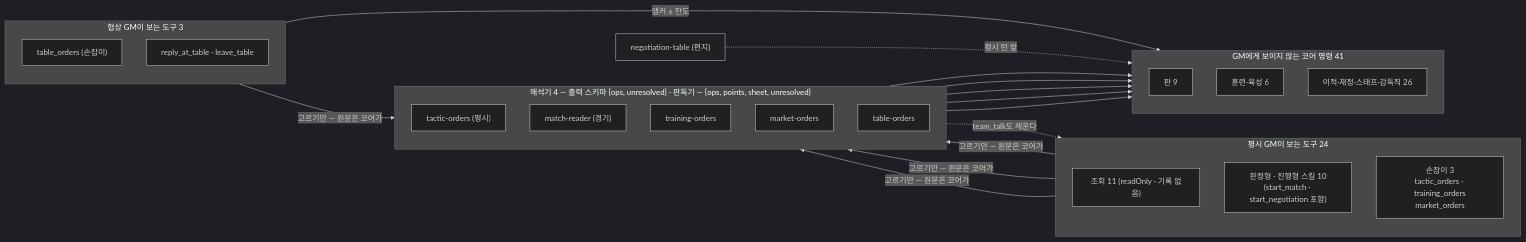
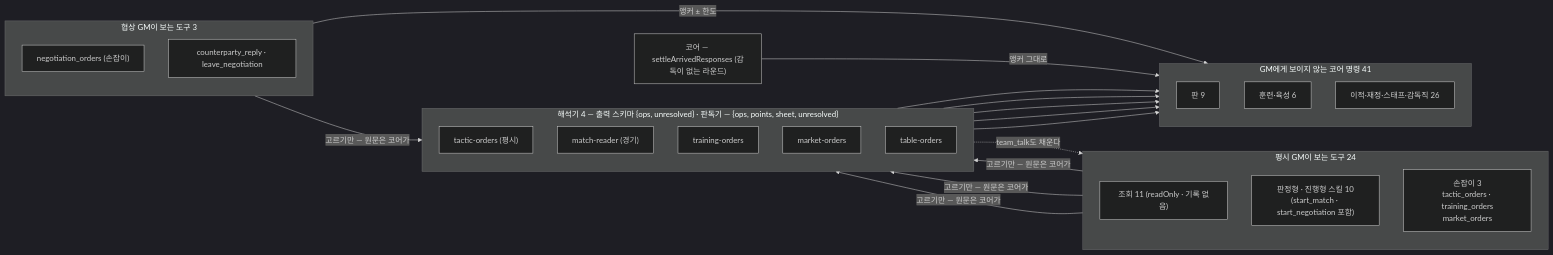
Before and after one commit to dhoonjang/story-fm: the sixth of 11 diagrams in docs/llm/pipeline.md, drawn with Mermaid (dark theme). The commit also changed other lines of this file and 49 other files, not shown here.

````diff
--- a/docs/llm/pipeline.md
+++ b/docs/llm/pipeline.md
@@ -224,37 +217,36 @@
 ```mermaid
 flowchart LR
   subgraph GMTOOLS["평시 GM이 보는 도구 24"]
     direction TB
     RO["조회 11 (readOnly · 기록 없음)"]
     SK["판정형 · 진행형 스킬 10<br/>(start_match · start_negotiation 포함)"]
     HD["손잡이 3<br/>tactic_orders · training_orders<br/>market_orders"]
   end
   subgraph NEGTOOLS["협상 GM이 보는 도구 3"]
     direction TB
-    NH["table_orders (손잡이)"]
-    NR["reply_at_table · leave_table"]
+    NH["negotiation_orders (손잡이)"]
+    NR["counterparty_reply · leave_negotiation"]
   end
   subgraph INTERP["해석기 4 — 출력 스키마 {ops, unresolved} · 판독기 — {ops, points, sheet, unresolved}"]
     direction TB
     TO["tactic-orders (평시)"]
     MR["match-reader (경기)"]
     TRO["training-orders"]
     MO["market-orders"]
     TBO["table-orders"]
   end
   subgraph CMD["GM에게 보이지 않는 코어 명령 41"]
     direction TB
     C1["판 9"]
     C2["훈련·육성 6"]
     C3["이적·재정·스태프·감독직 26"]
   end
-  NT["negotiation-table (편지)"]
   HD -->|"고르기만 — 원문은 코어가"| TO --> C1
   MR --> C1
   HD -->|"고르기만 — 원문은 코어가"| TRO --> C2
   HD -->|"고르기만 — 원문은 코어가"| MO --> C3
   NH -->|"고르기만 — 원문은 코어가"| TBO --> C3
   NR -->|"앵커 ± 한도"| C3
-  NT -.->|"평시 턴 앞"| C3
+  CORE_SETTLE["코어 — settleArrivedResponses (감독이 없는 라운드)"] -->|"앵커 그대로"| C3
   TO -.->|"team_talk도 채운다"| SK
 ```
````
